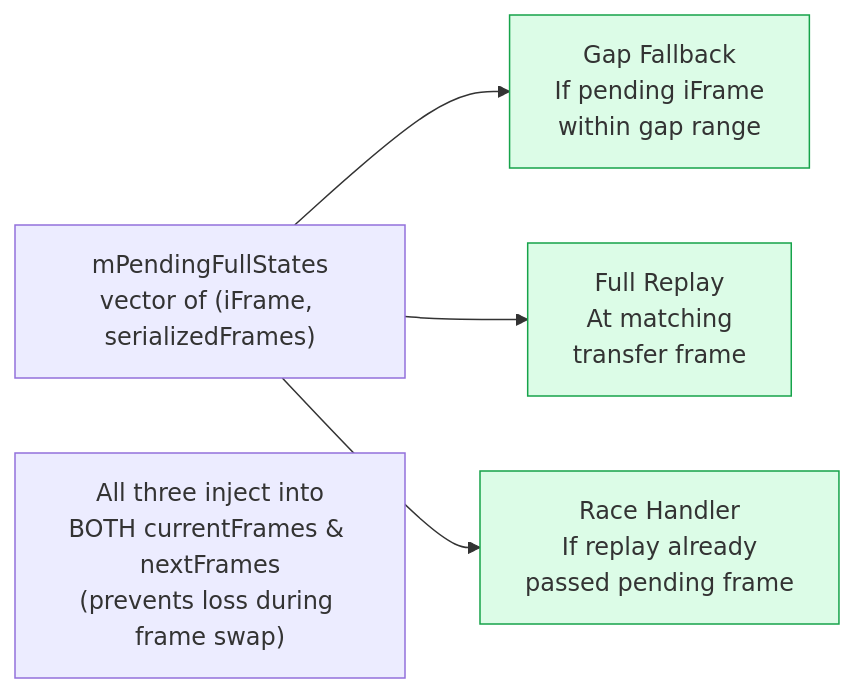
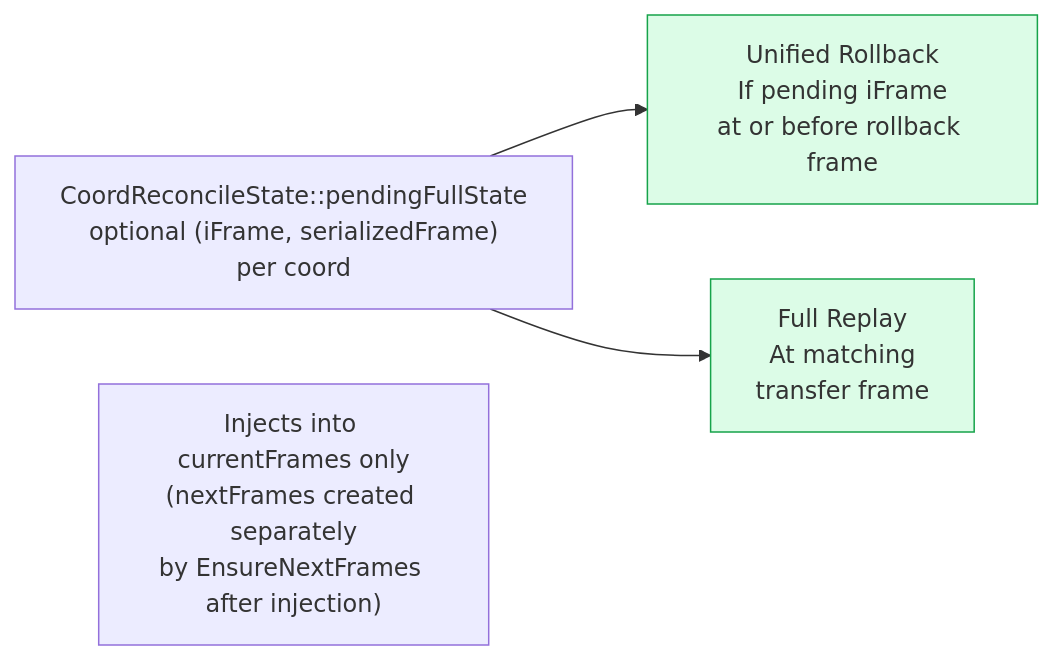
The second of 4 diagrams in Documents/Architecture/GameReconciliation.md (DougTanner/BrokenEnginePublic), drawn with Mermaid before and after one commit. The commit also changed other lines of this file and 23 other files, not shown here.

````diff
--- a/Documents/Architecture/GameReconciliation.md
+++ b/Documents/Architecture/GameReconciliation.md
@@ -51,17 +49,15 @@
 ```mermaid
 %%{init: {'theme': 'default'}}%%
 flowchart LR
     classDef injection fill:#dcfce7,stroke:#16a34a
 
-    PFS["mPendingFullStates<br/>vector of (iFrame, serializedFrames)"]
+    PFS["CoordReconcileState::pendingFullState<br/>optional (iFrame, serializedFrame)<br/>per coord"]
 
-    GAP["Gap Fallback<br/>If pending iFrame<br/>within gap range"]:::injection
+    PRE["Unified Rollback<br/>If pending iFrame<br/>at or before rollback frame"]:::injection
     MAIN["Full Replay<br/>At matching<br/>transfer frame"]:::injection
-    RACE["Race Handler<br/>If replay already<br/>passed pending frame"]:::injection
 
-    PFS --> GAP
+    PFS --> PRE
     PFS --> MAIN
-    PFS --> RACE
 
-    NOTE["All three inject into<br/>BOTH currentFrames & nextFrames<br/>(prevents loss during frame swap)"]
+    NOTE["Injects into currentFrames only<br/>(nextFrames created separately<br/>by EnsureNextFrames after injection)"]
 ```
````
